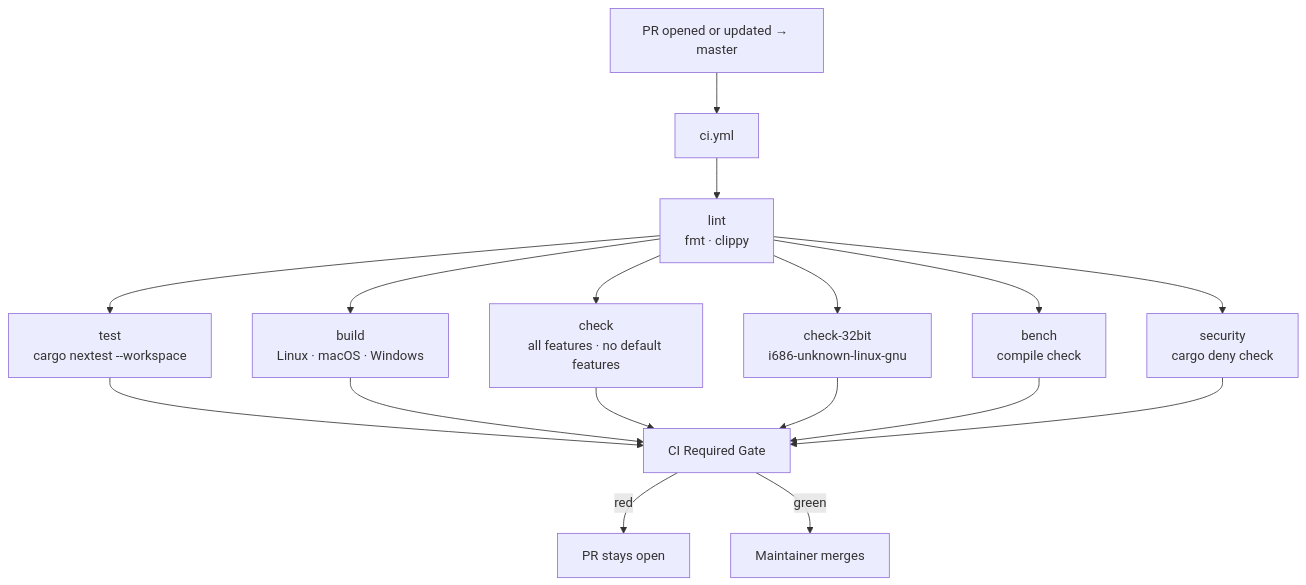
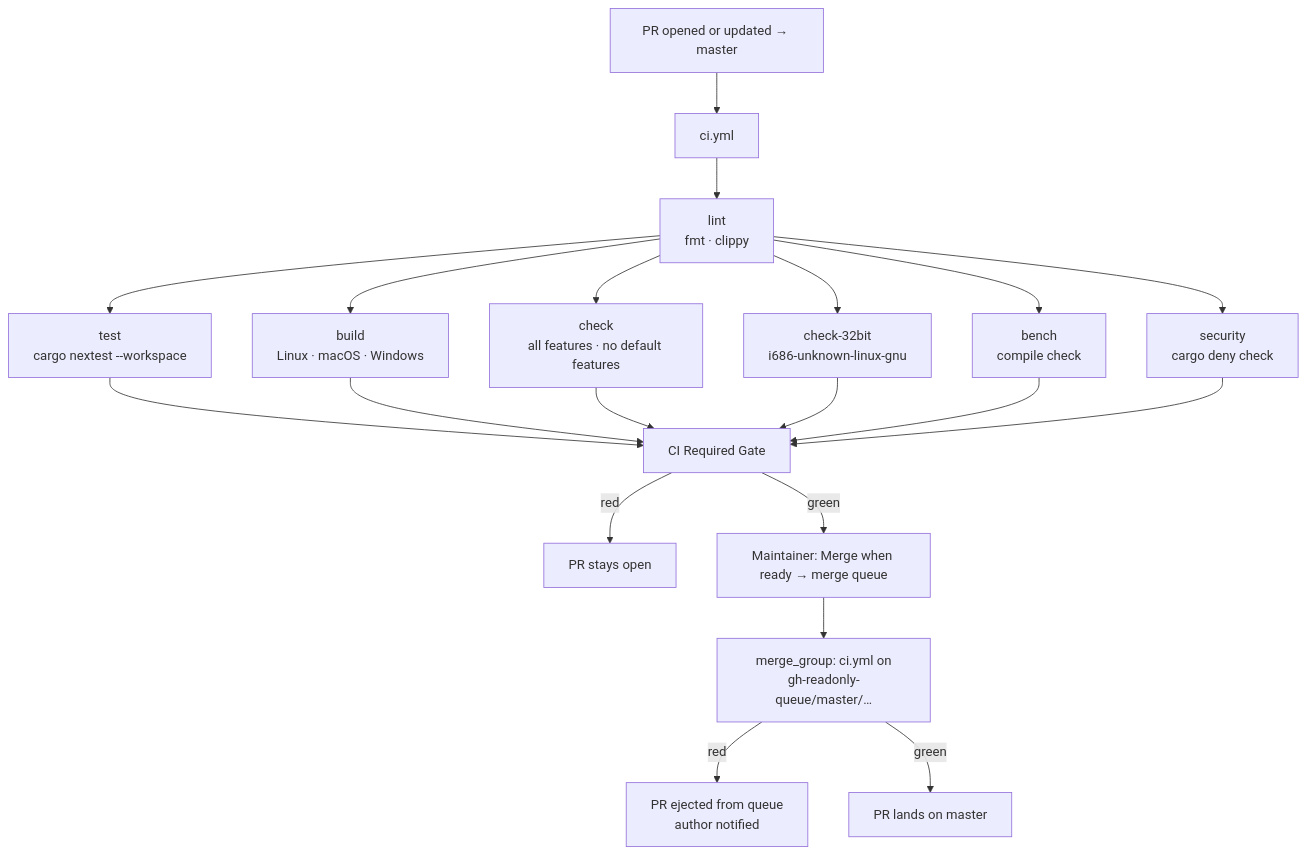
The first of 2 diagrams in .github/workflows/master-branch-flow.md (zeroclaw-labs/zeroclaw), drawn with Mermaid before and after one commit. The commit also changed other lines of this file and 1 other file, not shown here.

First line of the commit message:
ci(quality-gate): run on merge_group to support merge queue

````diff
--- a/.github/workflows/master-branch-flow.md
+++ b/.github/workflows/master-branch-flow.md
@@ -111,14 +119,17 @@
 ```mermaid
 flowchart TD
   A["PR opened or updated → master"] --> B["ci.yml"]
   B --> L["lint\nfmt · clippy"]
   L --> T["test\ncargo nextest --workspace"]
   L --> BLD["build\nLinux · macOS · Windows"]
   L --> CHK["check\nall features · no default features"]
   L --> C32["check-32bit\ni686-unknown-linux-gnu"]
   L --> BCH["bench\ncompile check"]
   L --> SEC["security\ncargo deny check"]
   T & BLD & CHK & C32 & BCH & SEC --> G["CI Required Gate"]
   G -->|red| D["PR stays open"]
-  G -->|green| R["Maintainer merges"]
+  G -->|green| Q["Maintainer: Merge when ready → merge queue"]
+  Q --> MG["merge_group: ci.yml on\ngh-readonly-queue/master/…"]
+  MG -->|red| E["PR ejected from queue\nauthor notified"]
+  MG -->|green| R["PR lands on master"]
 ```
````
